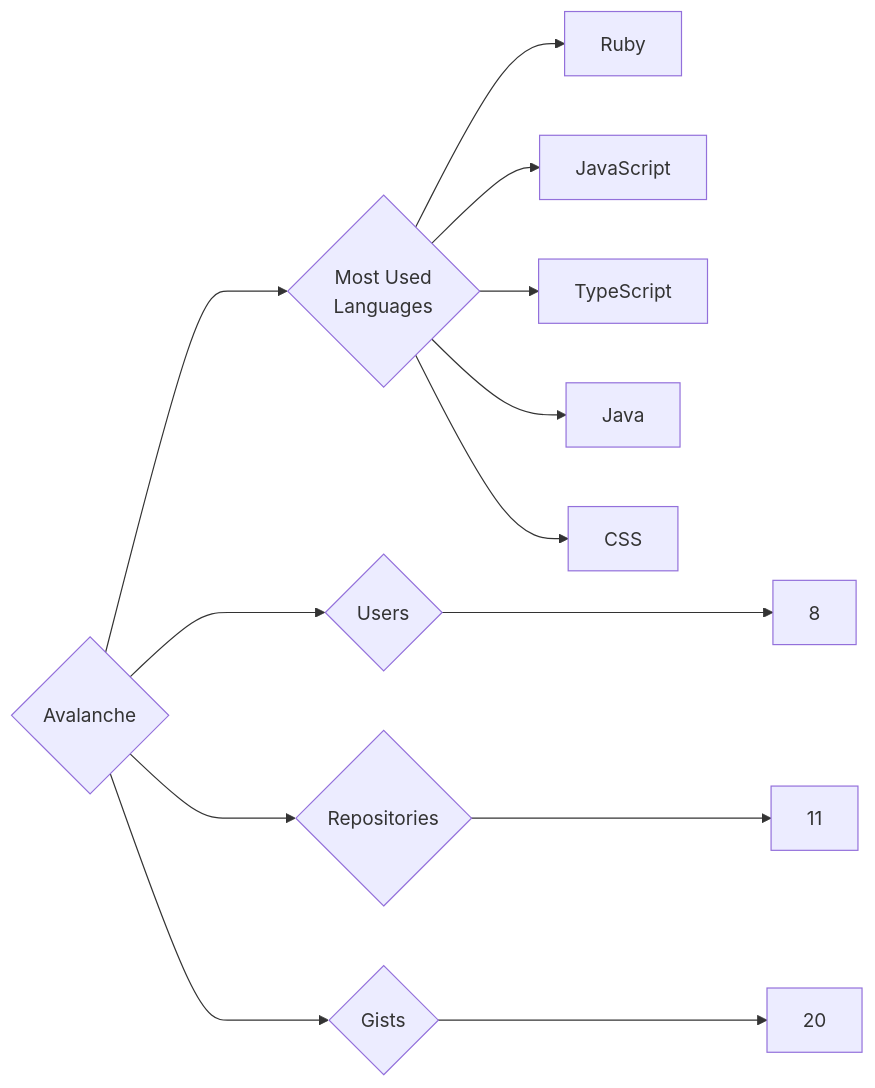
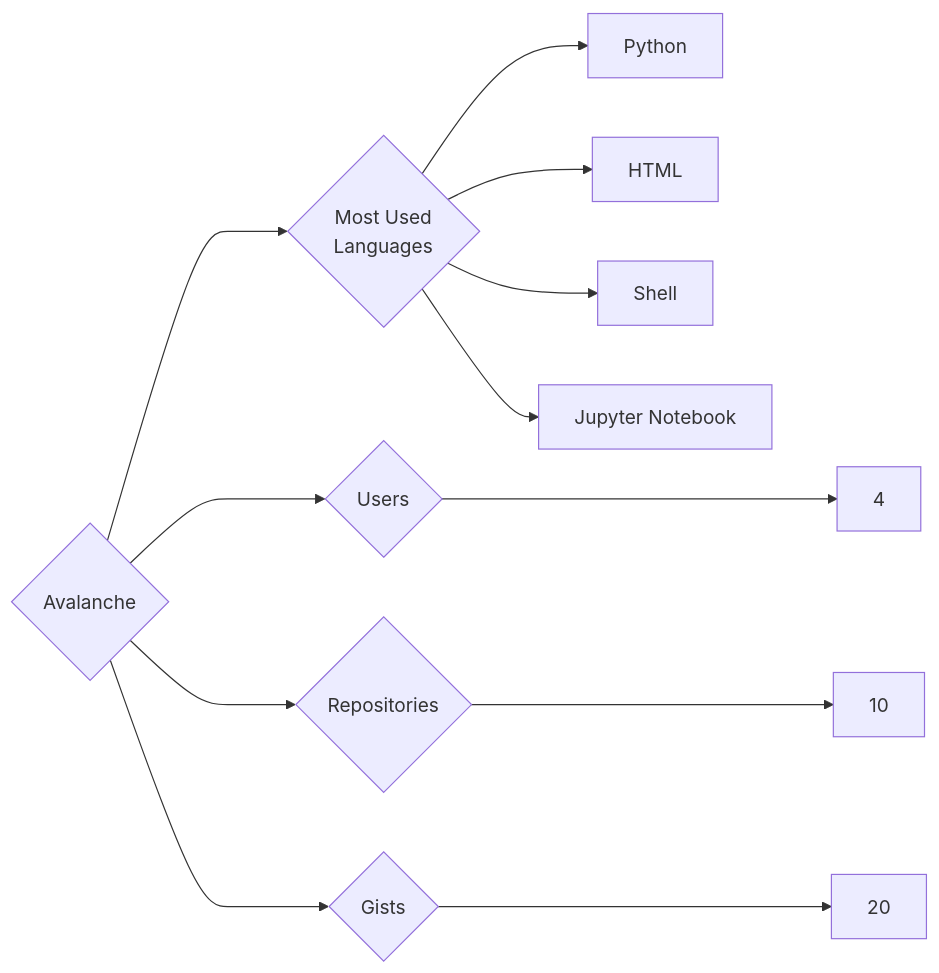
The diagram in targets/Avalanche/README.md (trickest/insiders), drawn with Mermaid before and after one commit. The commit also changed 1170 other files, not shown here.

````diff
--- a/targets/Avalanche/README.md
+++ b/targets/Avalanche/README.md
@@ -3,13 +3,12 @@
 ```mermaid
 graph LR
 COMPANY_NAME{Avalanche}
-COMPANY_NAME ---> U{Users} ---> UN[8]
-COMPANY_NAME ---> R{Repositories} ---> RN[11]
+COMPANY_NAME ---> U{Users} ---> UN[4]
+COMPANY_NAME ---> R{Repositories} ---> RN[10]
 COMPANY_NAME ---> G{Gists} ---> GN[20]
 COMPANY_NAME ---> ML{Most Used<br>Languages}
-ML --> Ruby[Ruby]
-ML --> JavaScript[JavaScript]
-ML --> TypeScript[TypeScript]
-ML --> Java[Java]
-ML --> CSS[CSS]
+ML --> Python[Python]
+ML --> HTML[HTML]
+ML --> Shell[Shell]
+ML --> Jupyter_Notebook[Jupyter Notebook]
 ```
````
